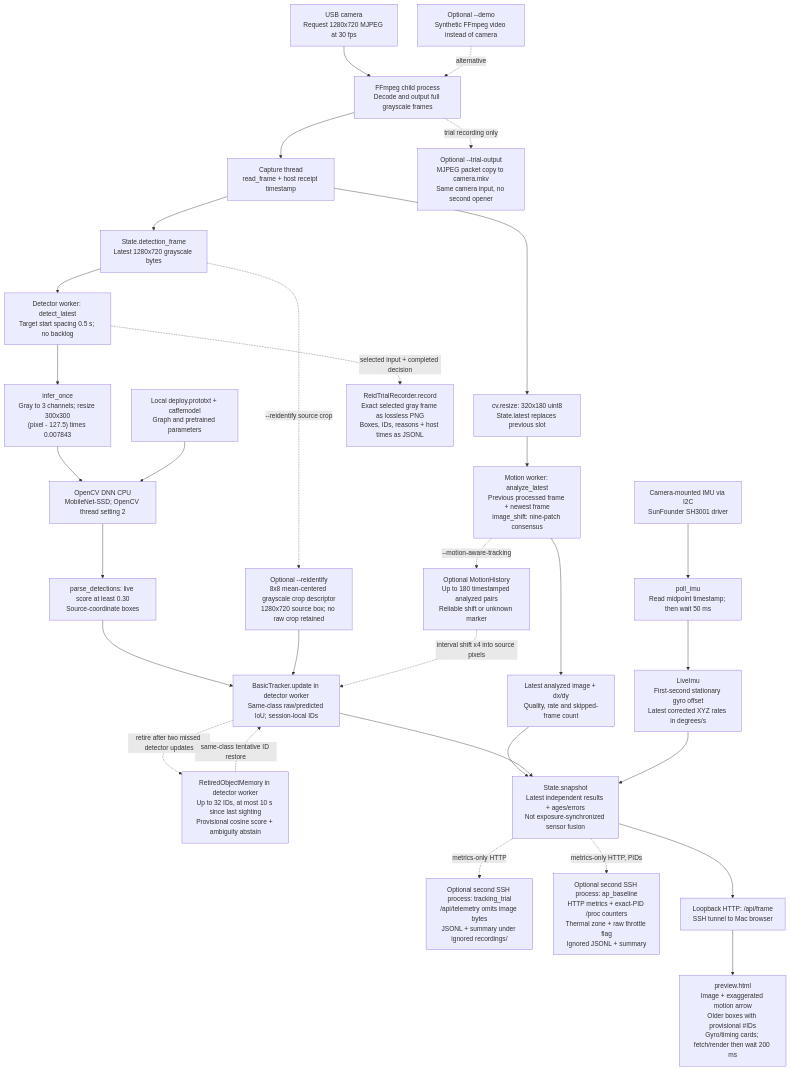
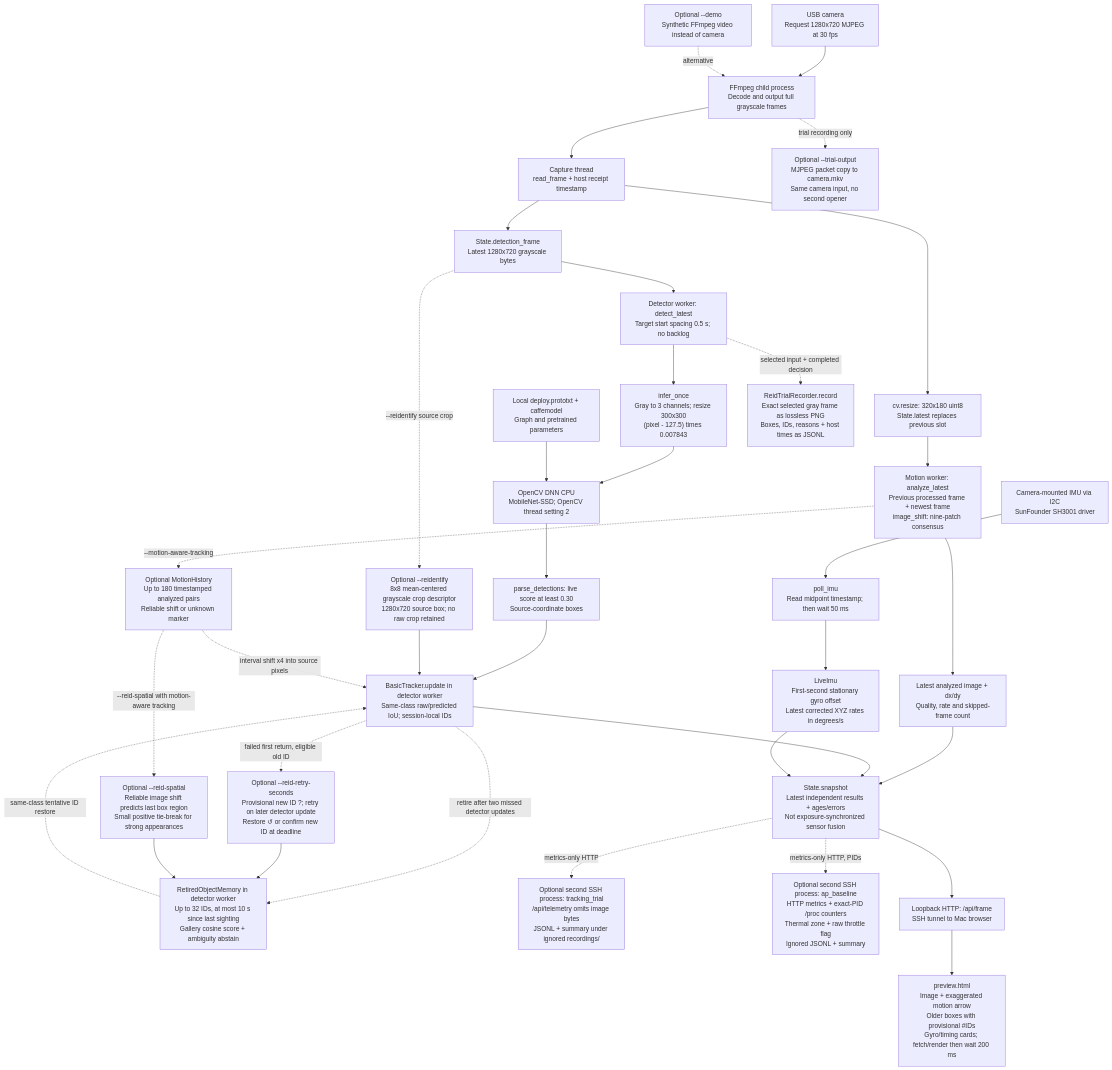
One commit to choir0322/edgexr changed the diagram in docs/PIPELINE.md. Above: the diagram before and after it, drawn with Mermaid. The commit also changed other lines of this file and 15 other files, not shown here.

Commit message:
feat: reidentification improvement - spatial cue, reid_store

````diff
--- a/docs/PIPELINE.md
+++ b/docs/PIPELINE.md
@@ -22,50 +22,54 @@
 ```mermaid
 flowchart TD
     CAMERA["USB camera<br/>Request 1280x720 MJPEG at 30 fps"]
     DEMO["Optional --demo<br/>Synthetic FFmpeg video instead of camera"]
     FF["FFmpeg child process<br/>Decode and output full grayscale frames"]
     CAP["Capture thread<br/>read_frame + host receipt timestamp"]
     SMALL["cv.resize: 320x180 uint8<br/>State.latest replaces previous slot"]
     MOTION["Motion worker: analyze_latest<br/>Previous processed frame + newest frame<br/>image_shift: nine-patch consensus"]
     RESULT["Latest analyzed image + dx/dy<br/>Quality, rate and skipped-frame count"]
     HISTORY["Optional MotionHistory<br/>Up to 180 timestamped analyzed pairs<br/>Reliable shift or unknown marker"]
     FULL["State.detection_frame<br/>Latest 1280x720 grayscale bytes"]
     DET["Detector worker: detect_latest<br/>Target start spacing 0.5 s; no backlog"]
     PRE["infer_once<br/>Gray to 3 channels; resize 300x300<br/>(pixel - 127.5) times 0.007843"]
     NET["OpenCV DNN CPU<br/>MobileNet-SSD; OpenCV thread setting 2"]
     BOX["parse_detections: live score at least 0.30<br/>Source-coordinate boxes"]
     TRACK["BasicTracker.update in detector worker<br/>Same-class raw/predicted IoU; session-local IDs"]
     DESC["Optional --reidentify<br/>8x8 mean-centered grayscale crop descriptor<br/>1280x720 source box; no raw crop retained"]
-    MEMORY["RetiredObjectMemory in detector worker<br/>Up to 32 IDs, at most 10 s since last sighting<br/>Provisional cosine score + ambiguity abstain"]
+    MEMORY["RetiredObjectMemory in detector worker<br/>Up to 32 IDs, at most 10 s since last sighting<br/>Gallery cosine score + ambiguity abstain"]
+    RETRY["Optional --reid-retry-seconds<br/>Provisional new ID ?; retry on later detector update<br/>Restore ↺ or confirm new ID at deadline"]
+    SPATIAL["Optional --reid-spatial<br/>Reliable image shift predicts last box region<br/>Small positive tie-break for strong appearances"]
     MODEL["Local deploy.prototxt + caffemodel<br/>Graph and pretrained parameters"]
     IMU["Camera-mounted IMU via I2C<br/>SunFounder SH3001 driver"]
     POLL["poll_imu<br/>Read midpoint timestamp; then wait 50 ms"]
     BIAS["LiveImu<br/>First-second stationary gyro offset<br/>Latest corrected XYZ rates in degrees/s"]
     STATE["State.snapshot<br/>Latest independent results + ages/errors<br/>Not exposure-synchronized sensor fusion"]
     TRIAL["Optional second SSH process: tracking_trial<br/>/api/telemetry omits image bytes<br/>JSONL + summary under ignored recordings/"]
     REIDVIDEO["Optional --trial-output<br/>MJPEG packet copy to camera.mkv<br/>Same camera input, no second opener"]
     REIDLOG["ReidTrialRecorder.record<br/>Exact selected gray frame as lossless PNG<br/>Boxes, IDs, reasons + host times as JSONL"]
     AP["Optional second SSH process: ap_baseline<br/>HTTP metrics + exact-PID /proc counters<br/>Thermal zone + raw throttle flag<br/>Ignored JSONL + summary"]
     WEB["Loopback HTTP: /api/frame<br/>SSH tunnel to Mac browser"]
     UI["preview.html<br/>Image + exaggerated motion arrow<br/>Older boxes with provisional #IDs<br/>Gyro/timing cards; fetch/render then wait 200 ms"]
     CAMERA --> FF
     DEMO -. alternative .-> FF
     FF --> CAP
     FF -. "trial recording only" .-> REIDVIDEO
     CAP --> SMALL --> MOTION --> RESULT
     MOTION -. "--motion-aware-tracking" .-> HISTORY
     CAP --> FULL --> DET --> PRE --> NET --> BOX --> TRACK
     FULL -. "--reidentify source crop" .-> DESC --> TRACK
     TRACK -. "retire after two missed detector updates" .-> MEMORY
     MEMORY -. "same-class tentative ID restore" .-> TRACK
+    TRACK -. "failed first return, eligible old ID" .-> RETRY --> MEMORY
     DET -. "selected input + completed decision" .-> REIDLOG
     MODEL --> NET
     HISTORY -. "interval shift x4 into source pixels" .-> TRACK
+    HISTORY -. "--reid-spatial with motion-aware tracking" .-> SPATIAL --> MEMORY
     IMU --> POLL --> BIAS
     RESULT --> STATE
     TRACK --> STATE
     BIAS --> STATE
     STATE --> WEB --> UI
     STATE -. "metrics-only HTTP" .-> TRIAL
     STATE -. "metrics-only HTTP, PIDs" .-> AP
 ```
````
